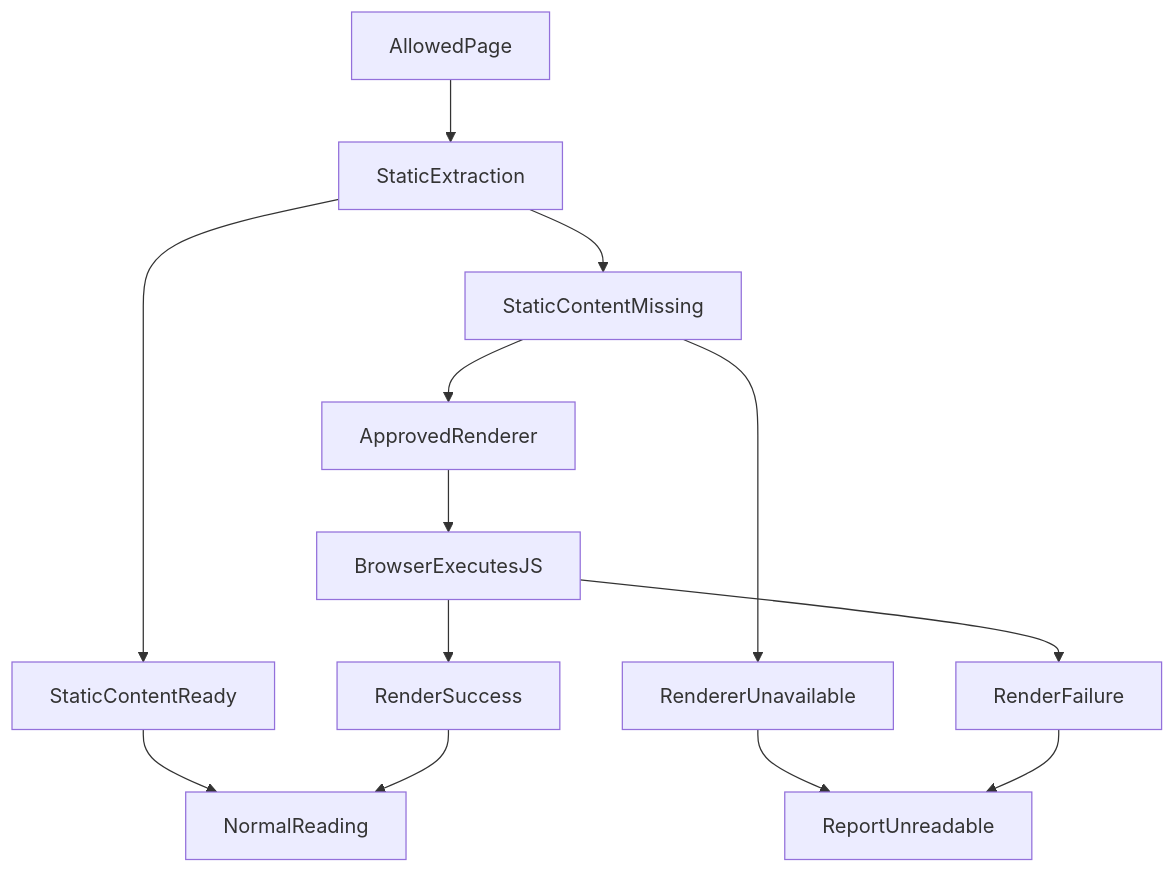
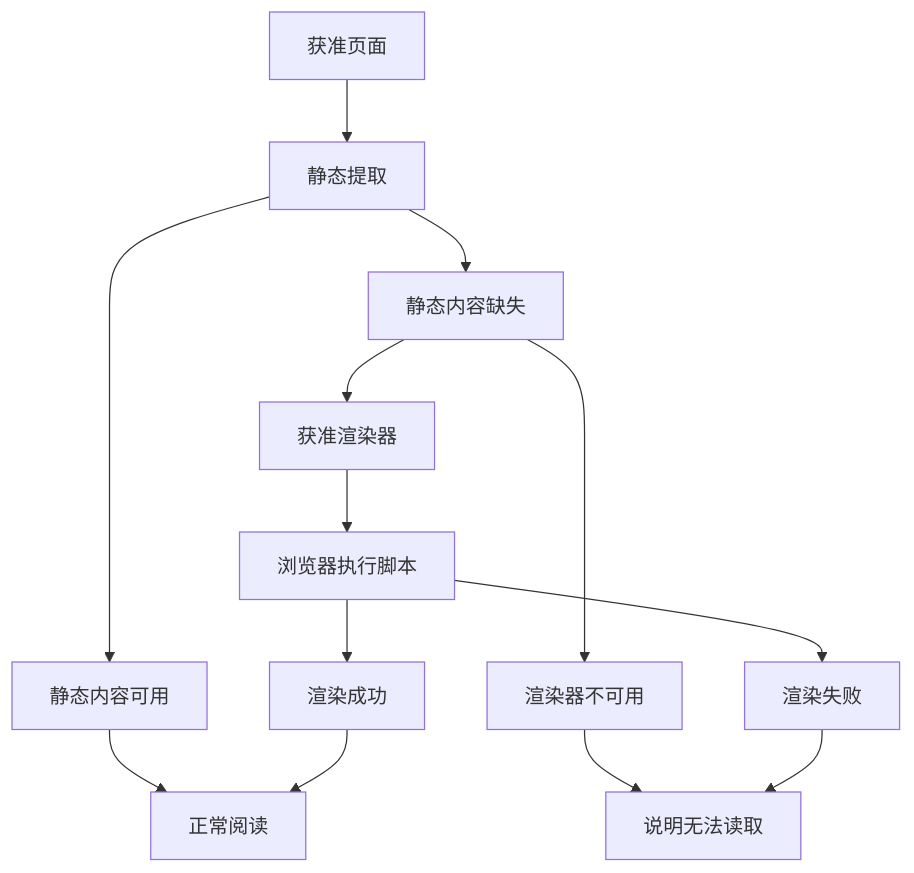
One commit to hpoenixf/eff-agent-article changed the sixth of 10 diagrams in articles/021-agent-web-research-from-search-to-deep-reading.md. Above: the diagram before and after it, drawn with Mermaid. The commit also changed other lines of this file and 52 other files, not shown here.

Commit message:
docs: localize diagrams and clarify flagship guides

````diff
--- a/articles/021-agent-web-research-from-search-to-deep-reading.md
+++ b/articles/021-agent-web-research-from-search-to-deep-reading.md
@@ -193,15 +193,15 @@
 ```mermaid
 graph TD
-AllowedPage --> StaticExtraction
-StaticExtraction --> StaticContentReady
-StaticContentReady --> NormalReading
-StaticExtraction --> StaticContentMissing
-StaticContentMissing --> RendererUnavailable
-RendererUnavailable --> ReportUnreadable
-StaticContentMissing --> ApprovedRenderer
-ApprovedRenderer --> BrowserExecutesJS
-BrowserExecutesJS --> RenderSuccess
+AllowedPage["获准页面"] --> StaticExtraction["静态提取"]
+StaticExtraction --> StaticContentReady["静态内容可用"]
+StaticContentReady --> NormalReading["正常阅读"]
+StaticExtraction --> StaticContentMissing["静态内容缺失"]
+StaticContentMissing --> RendererUnavailable["渲染器不可用"]
+RendererUnavailable --> ReportUnreadable["说明无法读取"]
+StaticContentMissing --> ApprovedRenderer["获准渲染器"]
+ApprovedRenderer --> BrowserExecutesJS["浏览器执行脚本"]
+BrowserExecutesJS --> RenderSuccess["渲染成功"]
 RenderSuccess --> NormalReading
-BrowserExecutesJS --> RenderFailure
+BrowserExecutesJS --> RenderFailure["渲染失败"]
 RenderFailure --> ReportUnreadable
 ```
````
